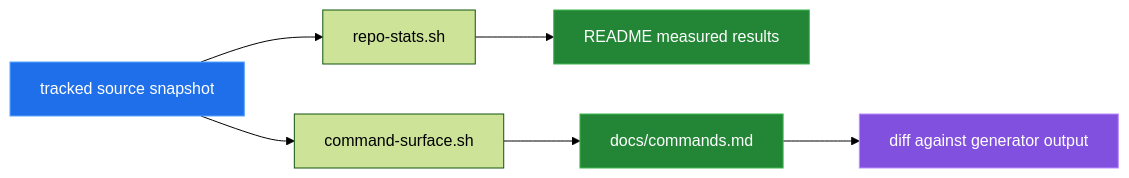
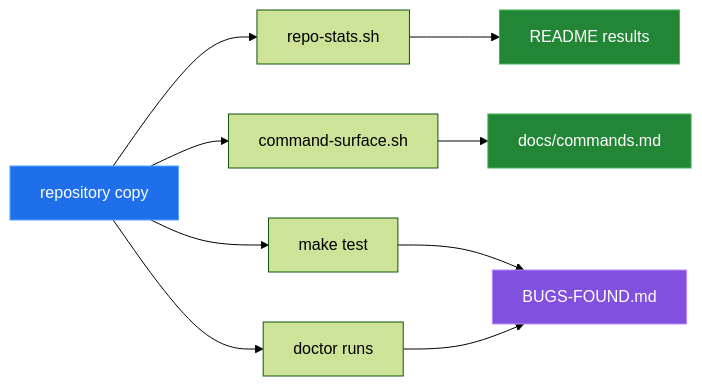
The diagram in docs/measurement.md (Bissbert/topdesk-cli), drawn with Mermaid (forest theme) before and after one commit. The commit also changed other lines of this file and 10 other files, not shown here.

````diff
--- a/docs/measurement.md
+++ b/docs/measurement.md
@@ -9,13 +20,16 @@
 ```mermaid
 flowchart LR
-    S["tracked source snapshot"] --> R["repo-stats.sh"]
+    S["repository copy"] --> R["repo-stats.sh"]
     S --> C["command-surface.sh"]
-    R --> N["README measured results"]
-    C --> T["docs/commands.md"]
-    T --> V["diff against generator output"]
+    S --> T["make test"]
+    S --> D["doctor runs"]
+    R --> N["README results"]
+    C --> M["docs/commands.md"]
+    T --> B["BUGS-FOUND.md"]
+    D --> B
 
     style S fill:#1f6feb,stroke:#58a6ff,color:#fff
     style N fill:#238636,stroke:#3fb950,color:#fff
-    style T fill:#238636,stroke:#3fb950,color:#fff
-    style V fill:#8250df,stroke:#bc8cff,color:#fff
+    style M fill:#238636,stroke:#3fb950,color:#fff
+    style B fill:#8250df,stroke:#bc8cff,color:#fff
 ```
````
